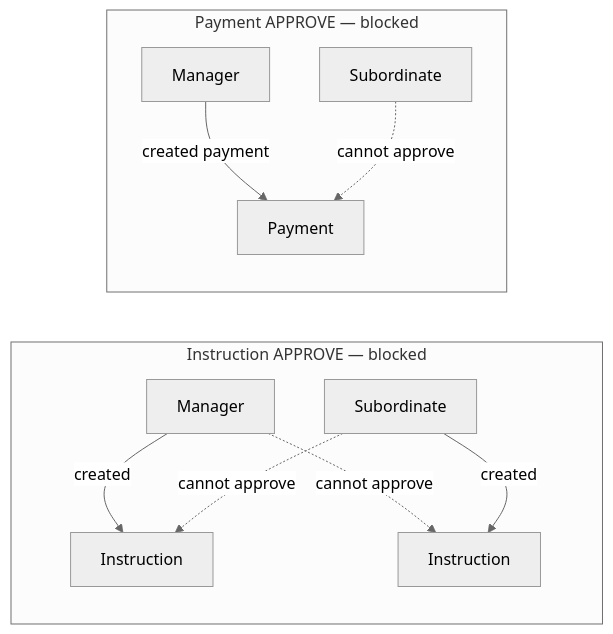
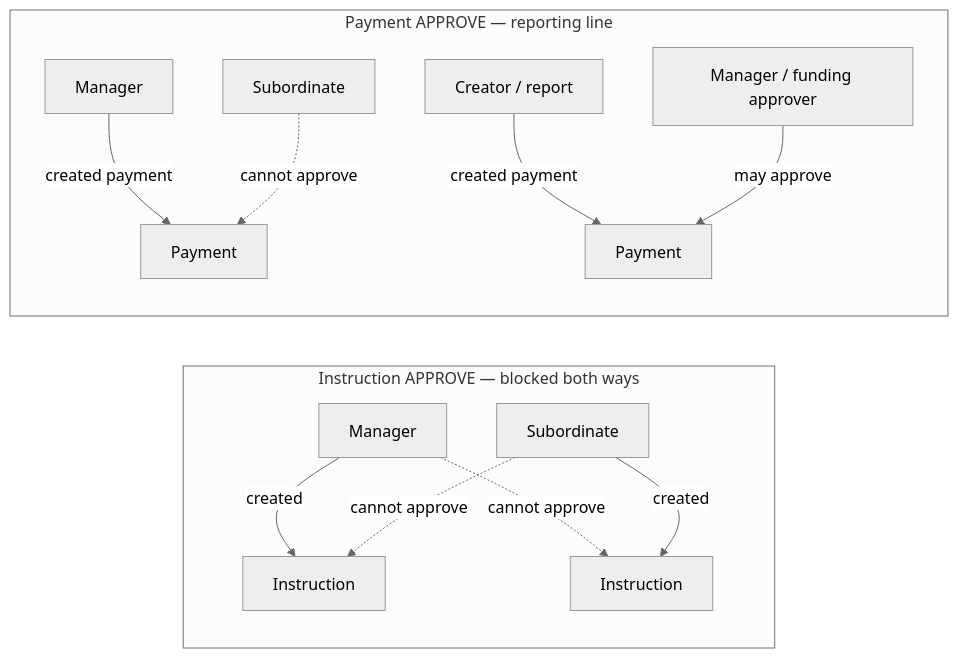
One commit to sanjuthomas/policy-pilot changed the second of 5 diagrams in docs/opa-controls.md. Above: the diagram before and after it, drawn with Mermaid (neutral theme). The commit also changed other lines of this file and 6 other files, not shown here.

First line of the commit message:
Document Mutual Approval SoD and fix instruction/payment state machines.

````diff
--- a/docs/opa-controls.md
+++ b/docs/opa-controls.md
@@ -153,14 +155,16 @@
 ```mermaid
 flowchart LR
-    subgraph blocked_instruction["Instruction APPROVE — blocked"]
+    subgraph blocked_instruction["Instruction APPROVE — blocked both ways"]
         M1[Manager] -->|created| I1[Instruction]
         S1[Subordinate] -.->|cannot approve| I1
         M1 -.->|cannot approve| I2[Instruction]
         S1 -->|created| I2
     end
 
-    subgraph blocked_payment["Payment APPROVE — blocked"]
+    subgraph payment_reporting["Payment APPROVE — reporting line"]
         M2[Manager] -->|created payment| P1[Payment]
         S2[Subordinate] -.->|cannot approve| P1
+        S3[Creator / report] -->|created payment| P2[Payment]
+        M3[Manager / funding approver] -->|may approve| P2
     end
 ```
````
